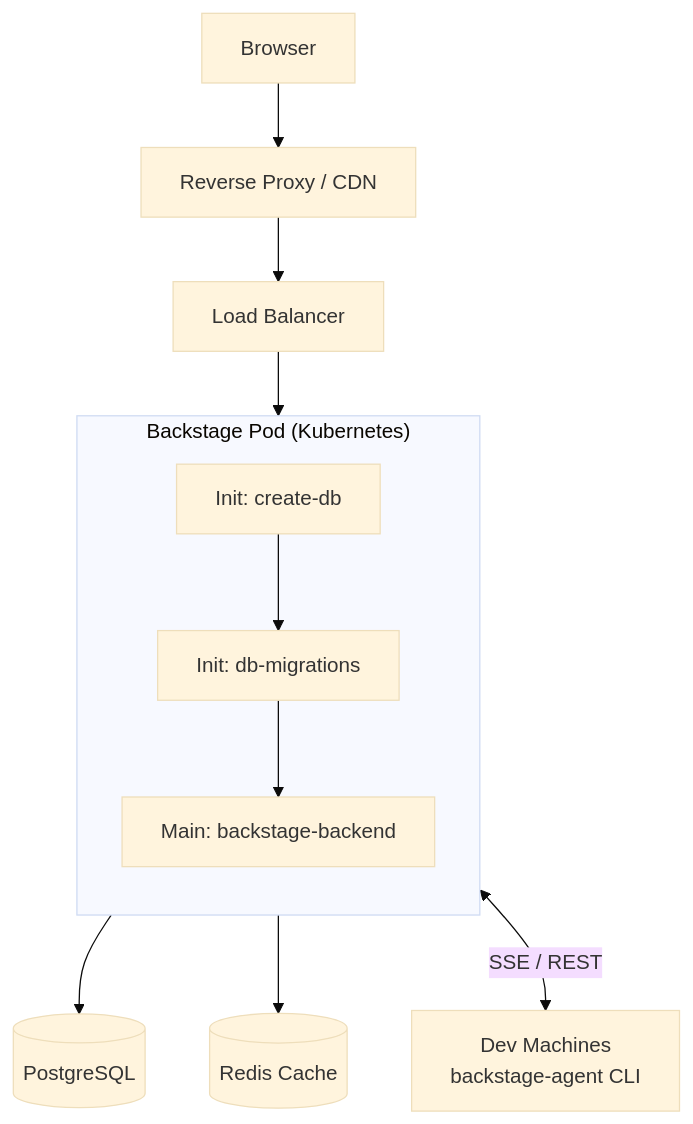
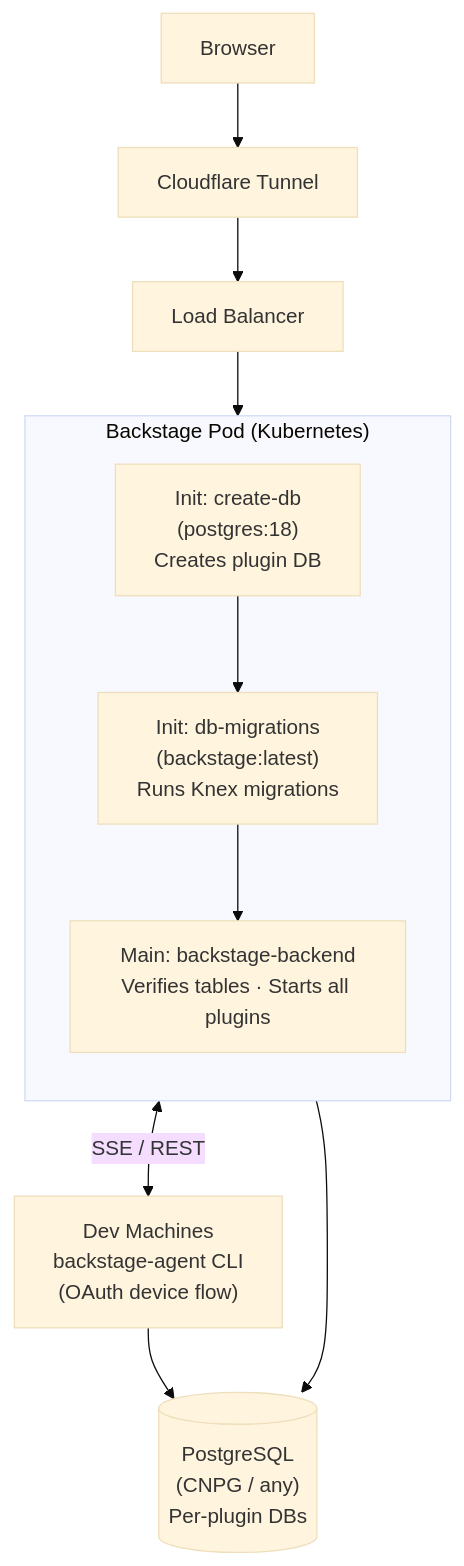
Before and after one commit to rcdelacruz/nexus-idp: the diagram in README.md, drawn with Mermaid (base theme). The commit also changed other lines of this file and 147 other files, not shown here.

First line of the commit message:
feat: sync v1.4.0 from backstage-main

````diff
--- a/README.md
+++ b/README.md
@@ -42,16 +47,16 @@
 ```mermaid
 flowchart TD
-    Browser --> CF["Reverse Proxy / CDN"]
+    Browser --> CF["Cloudflare Tunnel"]
     CF --> LB["Load Balancer"]
     LB --> Pod
 
     subgraph Pod["Backstage Pod (Kubernetes)"]
         direction TB
-        IC1["Init: create-db"] --> IC2["Init: db-migrations"]
-        IC2 --> Backend["Main: backstage-backend"]
+        IC1["Init: create-db<br/>(postgres:18)<br/>Creates plugin DB"] --> IC2["Init: db-migrations<br/>(backstage:latest)<br/>Runs Knex migrations"]
+        IC2 --> Backend["Main: backstage-backend<br/>Verifies tables · Starts all plugins"]
     end
 
-    Backend --> PG[("PostgreSQL")]
-    Backend --> Redis[("Redis Cache")]
-    Backend <-->|"SSE / REST"| Agent["Dev Machines\nbackstage-agent CLI"]
+    Backend --> PG[("PostgreSQL<br/>(CNPG / any)<br/>Per-plugin DBs")]
+    Backend <-->|"SSE / REST"| Agent["Dev Machines<br/>backstage-agent CLI<br/>(OAuth device flow)"]
+    Agent --> PG
 ```
````
